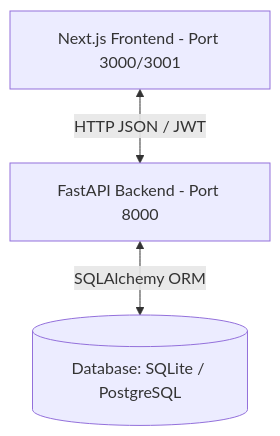
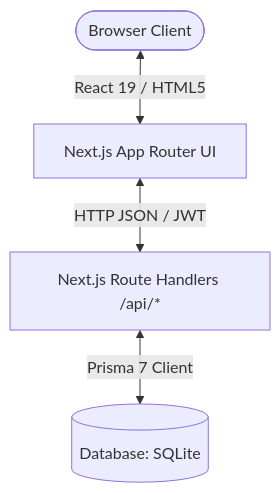
The diagram in README.md (simon1cell/inv-app), drawn with Mermaid before and after one commit. The commit also changed other lines of this file and 113 other files, not shown here.

Commit message:
Migrate FastAPI backend to fullstack Next.js routes with Prisma SQLite and shadcn/ui

````diff
--- a/README.md
+++ b/README.md
@@ -11,5 +11,6 @@
 ```mermaid
 graph TD
-    Client[Next.js Frontend - Port 3000/3001] <-->|HTTP JSON / JWT| API[FastAPI Backend - Port 8000]
-    API <-->|SQLAlchemy ORM| DB[(Database: SQLite / PostgreSQL)]
+    User([Browser Client]) <-->|React 19 / HTML5| UI[Next.js App Router UI]
+    UI <-->|HTTP JSON / JWT| API[Next.js Route Handlers /api/*]
+    API <-->|Prisma 7 Client| DB[(Database: SQLite)]
 ```
````
